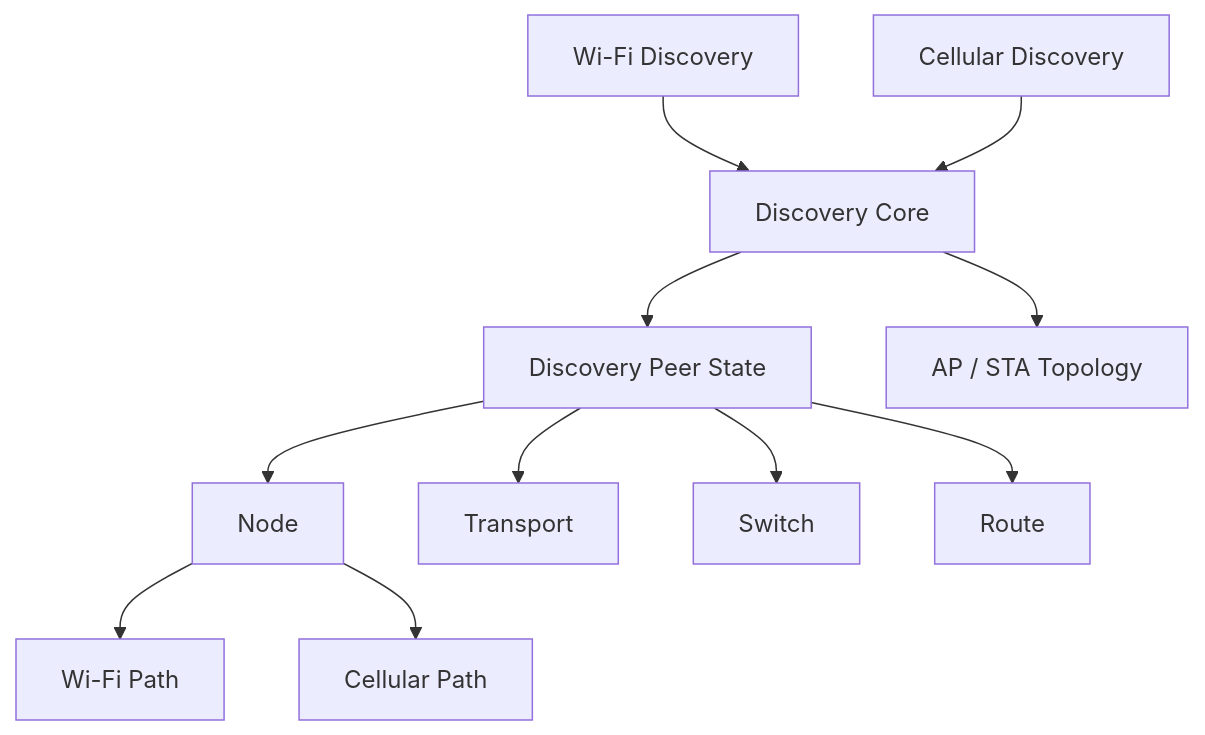
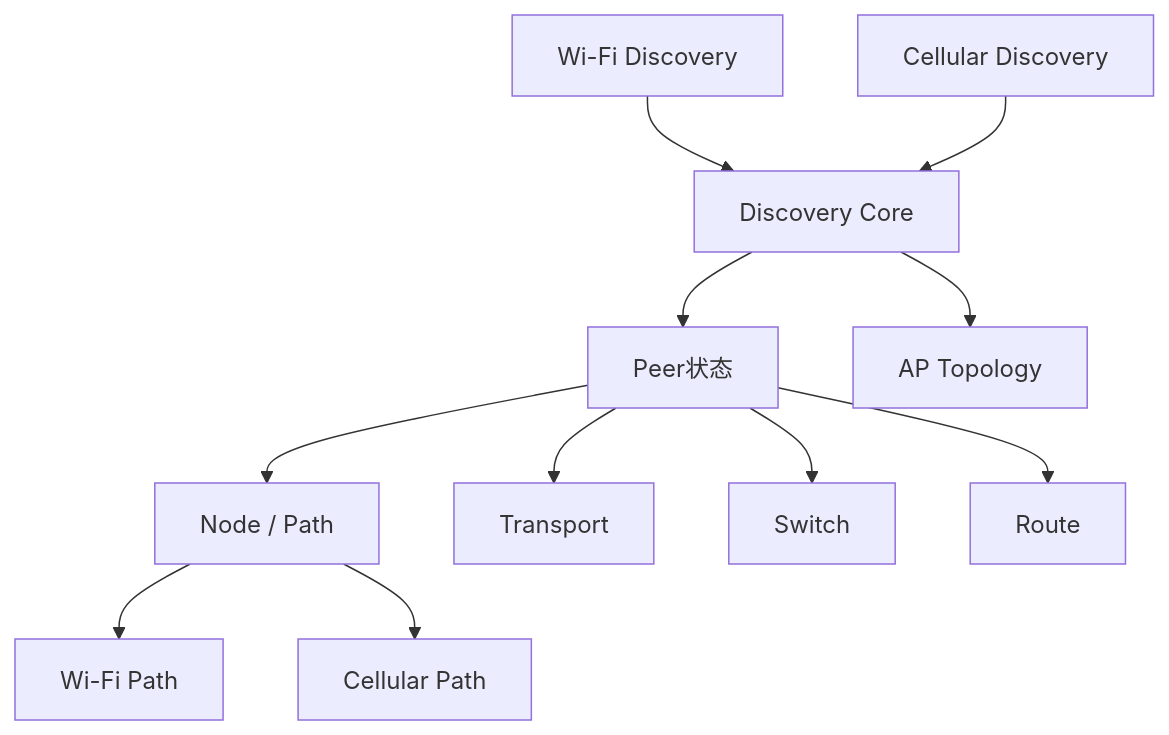
The first of 15 diagrams in linkg-project-plan/LinkG项目具体落实方案_模块化/03-M03-Node与Discovery设备发现.md (wnd443724421-cell/linkg), drawn with Mermaid before and after one commit. The commit also changed other lines of this file, not shown here.

Commit message:
docs: restructure M03 around discovery design

````diff
--- a/linkg-project-plan/LinkG项目具体落实方案_模块化/03-M03-Node与Discovery设备发现.md
+++ b/linkg-project-plan/LinkG项目具体落实方案_模块化/03-M03-Node与Discovery设备发现.md
@@ -80,19 +21,19 @@
 ```mermaid
-flowchart TD
+flowchart TB
     WIFI[Wi-Fi Discovery]
     CELL[Cellular Discovery]
 
-    WIFI --> CORE[Discovery Core]
-    CELL --> CORE
+    WIFI --> DISC[Discovery Core]
+    CELL --> DISC
 
-    CORE --> PEER[Discovery Peer State]
-    CORE --> TOPO[AP / STA Topology]
+    DISC --> PEER[Peer状态]
+    DISC --> TOPO[AP Topology]
 
-    PEER --> NODE[Node]
+    PEER --> NODE[Node / Path]
     PEER --> TRANS[Transport]
     PEER --> SWITCH[Switch]
     PEER --> ROUTE[Route]
 
-    NODE --> P1[Wi-Fi Path]
-    NODE --> P2[Cellular Path]
+    NODE --> WP[Wi-Fi Path]
+    NODE --> CP[Cellular Path]
 ```
````
